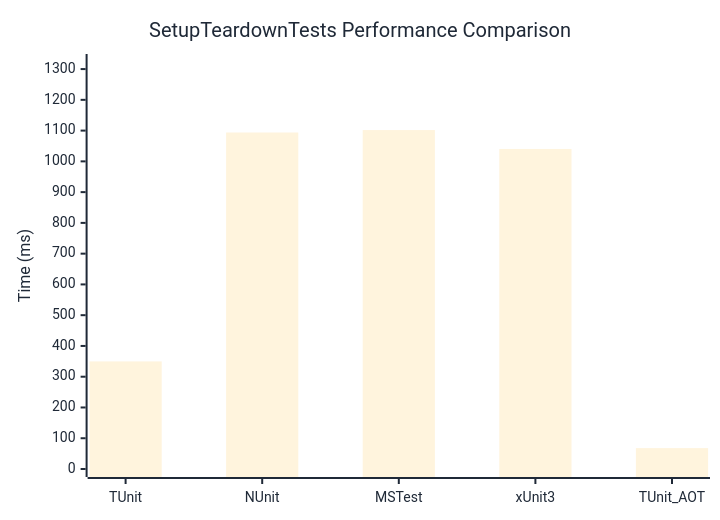
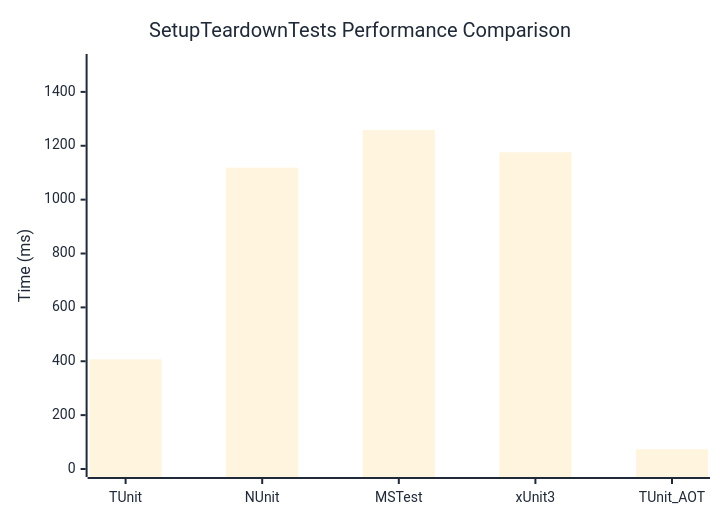
Before and after one commit to thomhurst/TUnit: the diagram in docs/docs/benchmarks/engine/SetupTeardownTests.md, drawn with Mermaid. The commit also changed other lines of this file and 18 other files, not shown here.

````diff
--- a/docs/docs/benchmarks/engine/SetupTeardownTests.md
+++ b/docs/docs/benchmarks/engine/SetupTeardownTests.md
@@ -29,37 +29,37 @@
 ```mermaid
 %%{init: {
   'theme':'base',
   'themeVariables': {
     'primaryColor': '#2563eb',
     'primaryTextColor': '#1f2937',
     'primaryBorderColor': '#1e40af',
     'lineColor': '#6b7280',
     'secondaryColor': '#7c3aed',
     'tertiaryColor': '#dc2626',
     'background': '#ffffff',
     'mainBkg': '#2563eb',
     'secondBkg': '#7c3aed',
     'tertiaryBkg': '#dc2626',
     'clusterBkg': '#f3f4f6',
     'edgeLabelBackground': '#ffffff',
     'tertiaryTextColor': '#1f2937',
     'pie1': '#2563eb',
     'pie2': '#7c3aed',
     'pie3': '#dc2626',
     'pie4': '#f59e0b',
     'pie5': '#10b981',
     'pie6': '#06b6d4',
     'pie7': '#ec4899',
     'pie8': '#6366f1',
     'pie9': '#84cc16',
     'pie10': '#f97316',
     'pie11': '#14b8a6',
     'pie12': '#a855f7'
   }
 }}%%
 xychart-beta
   title "SetupTeardownTests Performance Comparison"
   x-axis ["TUnit", "NUnit", "MSTest", "xUnit3", "TUnit_AOT"]
-  y-axis "Time (ms)" 0 --> 1323
-  bar [349.73, 1093.86, 1101.72, 1040.28, 67.96]
+  y-axis "Time (ms)" 0 --> 1511
+  bar [406.97, 1118.71, 1258.79, 1175.88, 73.25]
 ```
````
